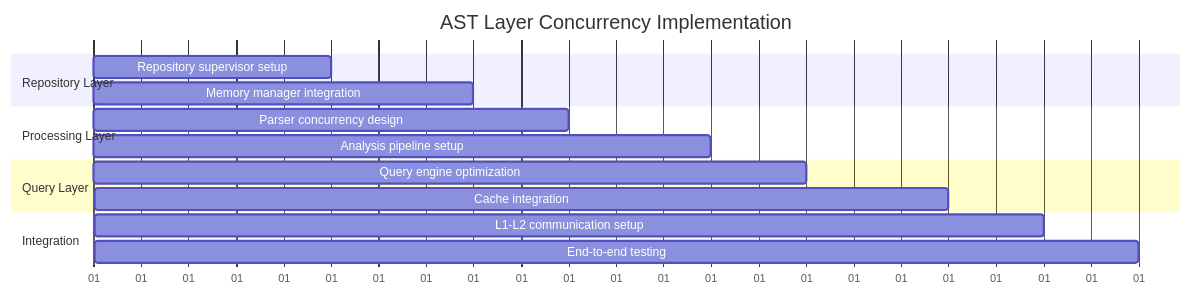
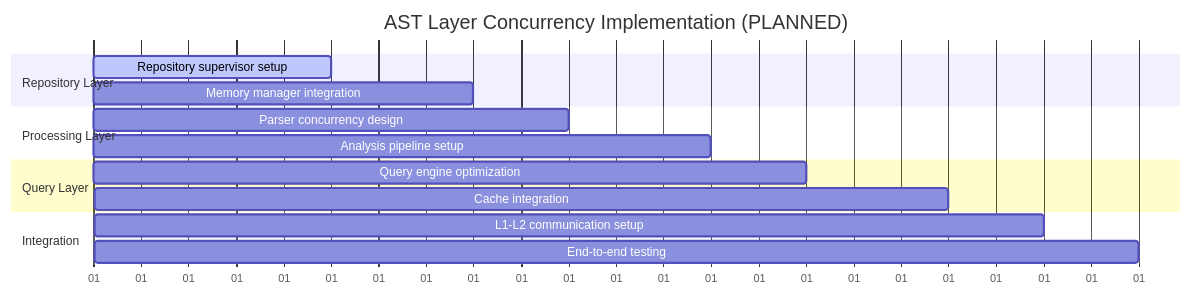
Before and after one commit to nshkrdotcom/elixir_scope: diagram 14 of 14 in diags/L1_2_OTP.md, drawn with Mermaid. The commit also changed other lines of this file and 4 other files, not shown here.

````diff
--- a/diags/L1_2_OTP.md
+++ b/diags/L1_2_OTP.md
@@ -1208,22 +1471,22 @@
 ```mermaid
 gantt
-    title AST Layer Concurrency Implementation
+    title AST Layer Concurrency Implementation (PLANNED)
     dateFormat  X
     axisFormat %d
     
     section Repository Layer
-    Repository supervisor setup  :repo, 0, 5
+    Repository supervisor setup  :active, repo, 0, 5
     Memory manager integration   :mem, 3, 8
     
     section Processing Layer
     Parser concurrency design   :parse, 5, 10
     Analysis pipeline setup     :analysis, 8, 13
     
     section Query Layer
     Query engine optimization   :query, 10, 15
     Cache integration          :cache, 13, 18
     
     section Integration
     L1-L2 communication setup  :comm, 15, 20
     End-to-end testing         :e2e, 18, 22
 ```
````
